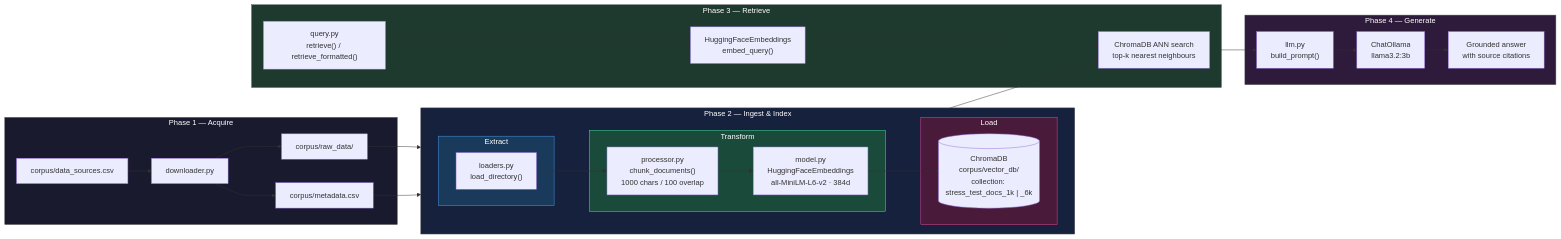
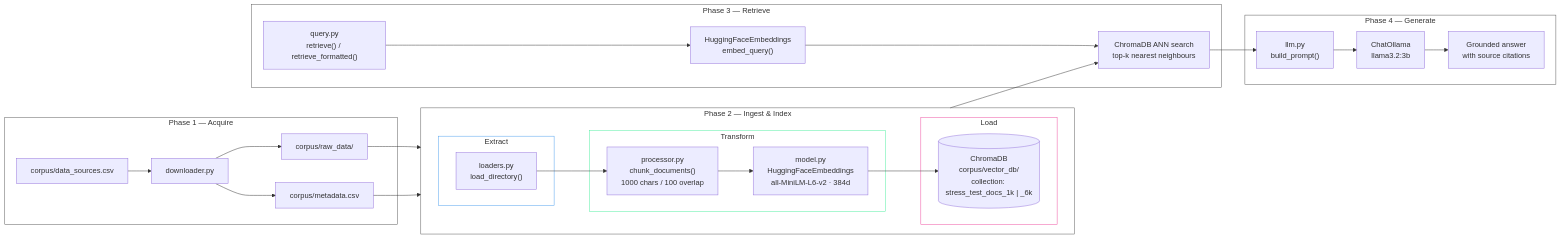
One commit to garthmortensen/rag_v1 changed the first of 5 diagrams in docs/architecture.md. Above: the diagram before and after it, drawn with Mermaid. The commit also changed other lines of this file and 15 other files, not shown here.

````diff
--- a/docs/architecture.md
+++ b/docs/architecture.md
@@ -39,60 +39,60 @@
 ```mermaid
 graph LR
     subgraph Phase1["Phase 1 — Acquire"]
         CSV["corpus/data_sources.csv"]
         DL["downloader.py"]
         RAW["corpus/raw_data/"]
         META["corpus/metadata.csv"]
 
         CSV --> DL
         DL --> RAW
         DL --> META
     end
 
     subgraph Phase2["Phase 2 — Ingest & Index"]
         direction LR
         subgraph Extract
             LOAD["loaders.py<br/>load_directory()"]
         end
 
         subgraph Transform
             CHUNK["processor.py<br/>chunk_documents()<br/>1000 chars / 100 overlap"]
             EMBED["model.py<br/>HuggingFaceEmbeddings<br/>all-MiniLM-L6-v2 · 384d"]
         end
 
         subgraph Load
             CHROMA[("ChromaDB<br/>corpus/vector_db/<br/>collection: stress_test_docs_1k | _6k")]
         end
 
         LOAD --> CHUNK --> EMBED --> CHROMA
     end
 
     subgraph Phase3["Phase 3 — Retrieve"]
         QUERY["query.py<br/>retrieve() / retrieve_formatted()"]
         SEMBED["HuggingFaceEmbeddings<br/>embed_query()"]
         ANN["ChromaDB ANN search<br/>top-k nearest neighbours"]
 
         QUERY --> SEMBED --> ANN
     end
 
     subgraph Phase4["Phase 4 — Generate"]
         PROMPT["llm.py<br/>build_prompt()"]
         LLM["ChatOllama<br/>llama3.2:3b"]
         ANSWER["Grounded answer<br/>with source citations"]
 
         PROMPT --> LLM --> ANSWER
     end
 
     RAW --> LOAD
     META --> EMBED
     CHROMA --> ANN
     ANN --> PROMPT
 
-    style Phase1 fill:#1a1a2e,stroke:#555,color:#fff
-    style Phase2 fill:#16213e,stroke:#555,color:#fff
-    style Phase3 fill:#1e3a2e,stroke:#555,color:#fff
-    style Phase4 fill:#2e1a3a,stroke:#555,color:#fff
-    style Extract fill:#1a3a5c,stroke:#4a9eed,color:#fff
-    style Transform fill:#1a4a3a,stroke:#4aed9e,color:#fff
-    style Load fill:#4a1a3a,stroke:#ed4a9e,color:#fff
+    style Phase1 fill:none,stroke:#555
+    style Phase2 fill:none,stroke:#555
+    style Phase3 fill:none,stroke:#555
+    style Phase4 fill:none,stroke:#555
+    style Extract fill:none,stroke:#4a9eed
+    style Transform fill:none,stroke:#4aed9e
+    style Load fill:none,stroke:#ed4a9e
 ```
````
